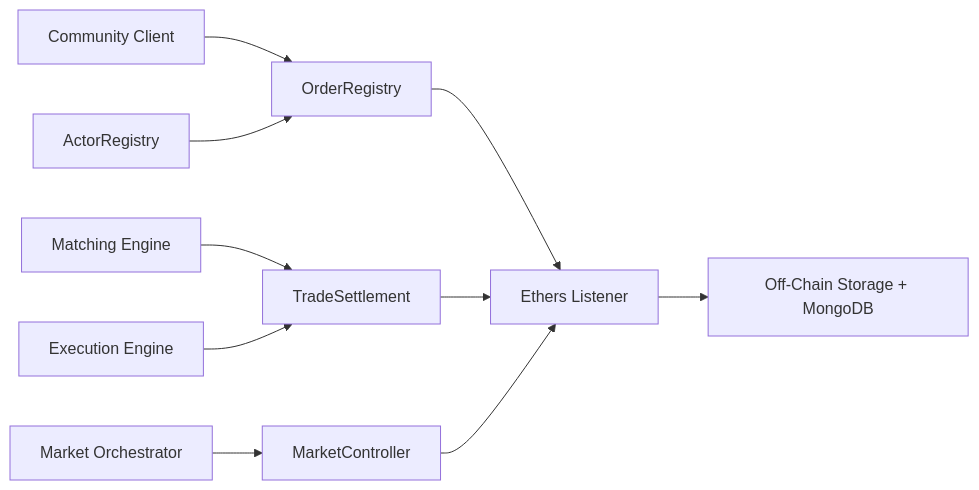
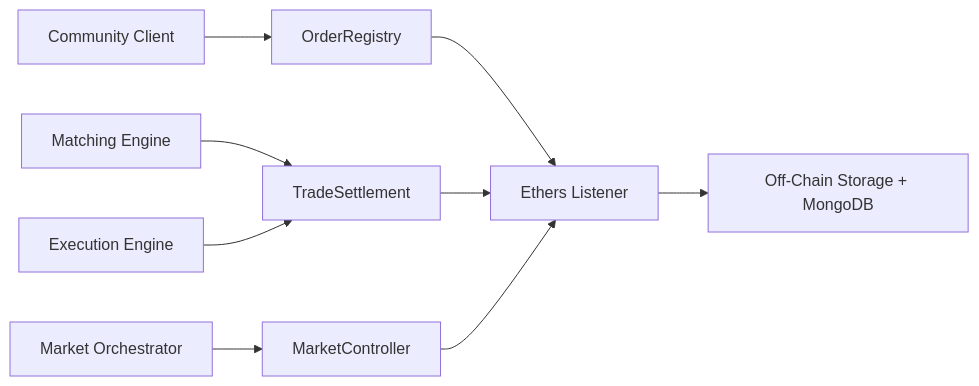
One commit to gridsingularity/gsy-decentralized-exchange changed the diagram in docs/index.md. Above: the diagram before and after it, drawn with Mermaid. The commit also changed 15 other files, not shown here.

````diff
--- a/docs/index.md
+++ b/docs/index.md
@@ -26,12 +26,11 @@
 ```mermaid
 flowchart LR
     CC["Community Client"] --> OR["OrderRegistry"]
-    AR["ActorRegistry"] --> OR
     MO["Market Orchestrator"] --> MC["MarketController"]
     ME["Matching Engine"] --> TS["TradeSettlement"]
     EE["Execution Engine"] --> TS
     OR --> EL["Ethers Listener"]
     TS --> EL
     MC --> EL
     EL --> OB["Off-Chain Storage + MongoDB"]
 ```
````
